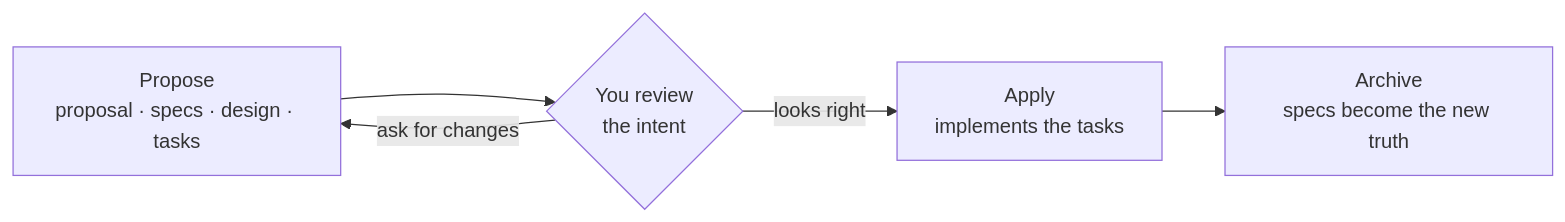
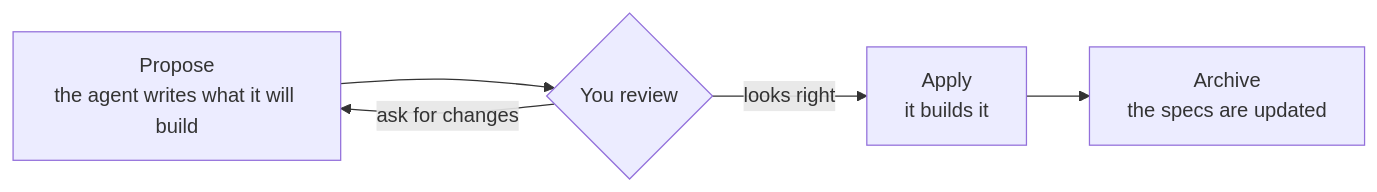
The diagram in README.md (piotromashov/agentic-template), drawn with Mermaid before and after one commit. The commit also changed other lines of this file and 1 other file, not shown here.

First line of the commit message:
Lead the README with what it is and how to start

````diff
--- a/README.md
+++ b/README.md
@@ -130,7 +27,7 @@
 ```mermaid
 flowchart LR
-  P["Propose<br/>proposal · specs · design · tasks"] --> R{"You review<br/>the intent"}
+  P["Propose<br/>the agent writes what it will build"] --> R{"You review"}
   R -- "ask for changes" --> P
-  R -- "looks right" --> A["Apply<br/>implements the tasks"]
-  A --> AR["Archive<br/>specs become the new truth"]
+  R -- "looks right" --> A["Apply<br/>it builds it"]
+  A --> AR["Archive<br/>the specs are updated"]
 ```
````
